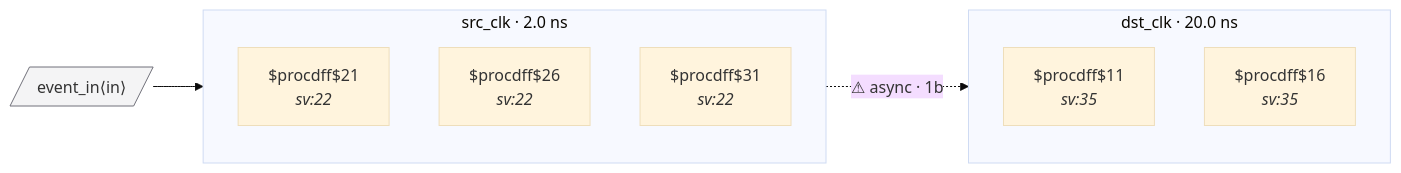
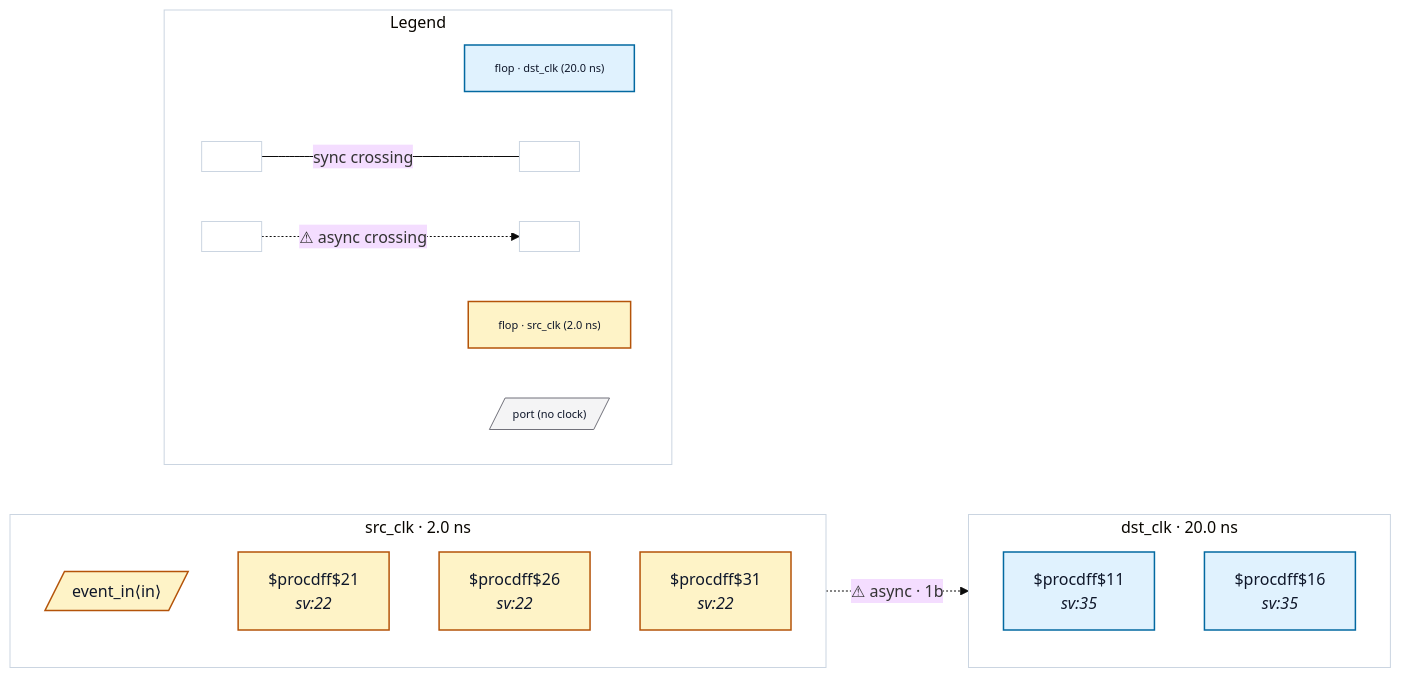
One commit to rtl-buddy/rtl-buddy-cdc changed the diagram in tests/fixtures/bad_pulse_width_fast_to_slow/README.md. Above: the diagram before and after it, drawn with Mermaid (base theme). The commit also changed 71 other files, not shown here.

First line of the commit message:
Refresh fixture READMEs + render iterations (colors, legend, nested ports, clock-net edges)

````diff
--- a/tests/fixtures/bad_pulse_width_fast_to_slow/README.md
+++ b/tests/fixtures/bad_pulse_width_fast_to_slow/README.md
@@ -16,19 +16,43 @@
 ```mermaid
 %% bad_pulse_width_fast_to_slow — generated by rtl-buddy-cdc render
 flowchart LR
   subgraph clk_dst_clk["dst_clk · 20.0 ns"]
     direction TB
-    f_79891a8c["$procdff$11<br/><i>sv:35</i>"]
-    f_2c6bc0c0["$procdff$16<br/><i>sv:35</i>"]
+    f_79891a8c["$procdff$11<br/><i>sv:35</i>"]:::ckcls_dst_clk
+    f_2c6bc0c0["$procdff$16<br/><i>sv:35</i>"]:::ckcls_dst_clk
   end
   subgraph clk_src_clk["src_clk · 2.0 ns"]
     direction TB
-    f_40989db3["$procdff$21<br/><i>sv:22</i>"]
-    f_4976a1c0["$procdff$26<br/><i>sv:22</i>"]
-    f_22b5f37a["$procdff$31<br/><i>sv:22</i>"]
+    p_in_event_in[/"event_in⟨in⟩"/]:::ckcls_src_clk
+    f_40989db3["$procdff$21<br/><i>sv:22</i>"]:::ckcls_src_clk
+    f_4976a1c0["$procdff$26<br/><i>sv:22</i>"]:::ckcls_src_clk
+    f_22b5f37a["$procdff$31<br/><i>sv:22</i>"]:::ckcls_src_clk
   end
-  p_in_event_in[/"event_in⟨in⟩"/]:::port
-  p_in_event_in --> f_40989db3
   f_22b5f37a -. "⚠ async · 1b" .-> f_2c6bc0c0
-  classDef port fill:#f4f4f5,stroke:#71717a
+  subgraph rb_legend["Legend"]
+    direction LR
+    lg_clk_dst_clk["flop · dst_clk (20.0 ns)"]:::ckcls_dst_clk
+    lg_clk_src_clk["flop · src_clk (2.0 ns)"]:::ckcls_src_clk
+    lg_port[/"port (no clock)"/]:::port_unassigned
+    lg_sync_a[" "]:::ckcls_legend_neutral
+    lg_sync_b[" "]:::ckcls_legend_neutral
+    lg_async_a[" "]:::ckcls_legend_neutral
+    lg_async_b[" "]:::ckcls_legend_neutral
+    lg_sync_a --- |"sync crossing"| lg_sync_b
+    lg_async_a -. "⚠ async crossing" .-> lg_async_b
+  end
+  style clk_dst_clk fill:none,stroke:#cbd5e1
+  style clk_src_clk fill:none,stroke:#cbd5e1
+  style rb_legend fill:none,stroke:#cbd5e1
+  style lg_clk_dst_clk font-size:11px
+  style lg_clk_src_clk font-size:11px
+  style lg_port font-size:11px
+  style lg_sync_a font-size:11px
+  style lg_sync_b font-size:11px
+  style lg_async_a font-size:11px
+  style lg_async_b font-size:11px
+  classDef ckcls_dst_clk fill:#e0f2fe,stroke:#0369a1,stroke-width:1.5px,color:#0f172a
+  classDef ckcls_src_clk fill:#fef3c7,stroke:#b45309,stroke-width:1.5px,color:#0f172a
+  classDef port_unassigned fill:#f4f4f5,stroke:#71717a,color:#0f172a
+  classDef ckcls_legend_neutral fill:#ffffff,stroke:#cbd5e1,stroke-width:1px,color:#0f172a
 ```
````
